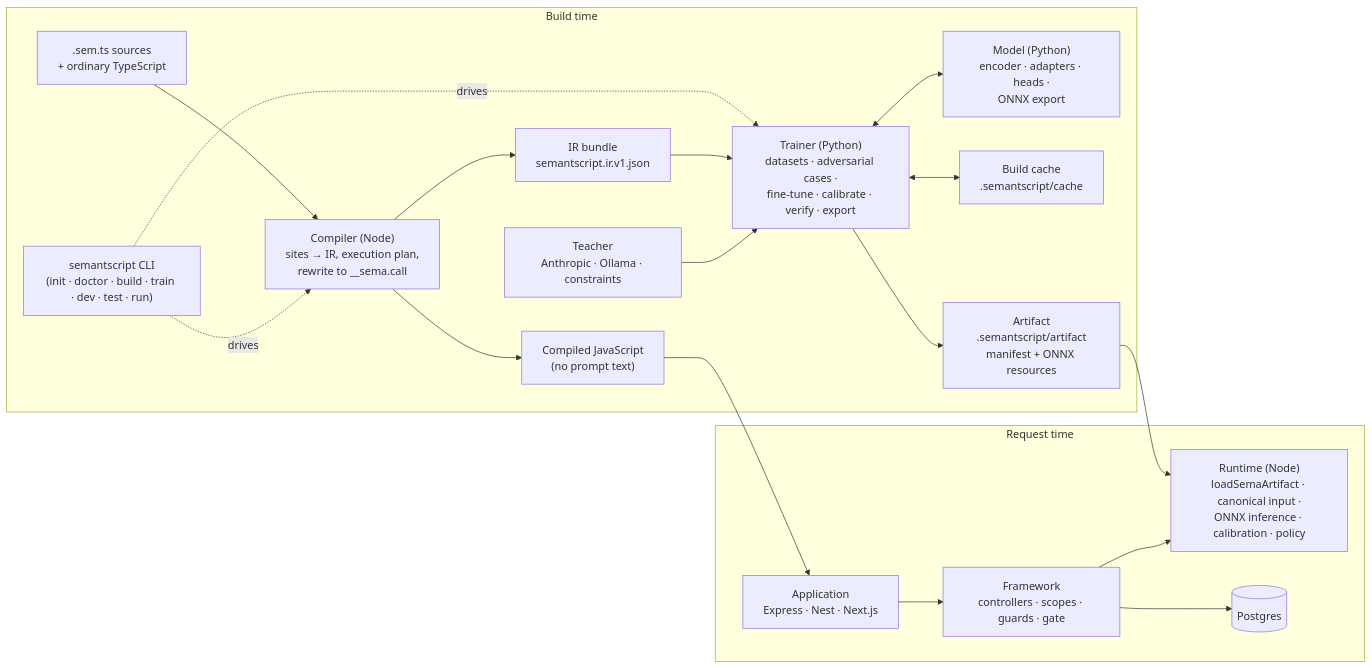
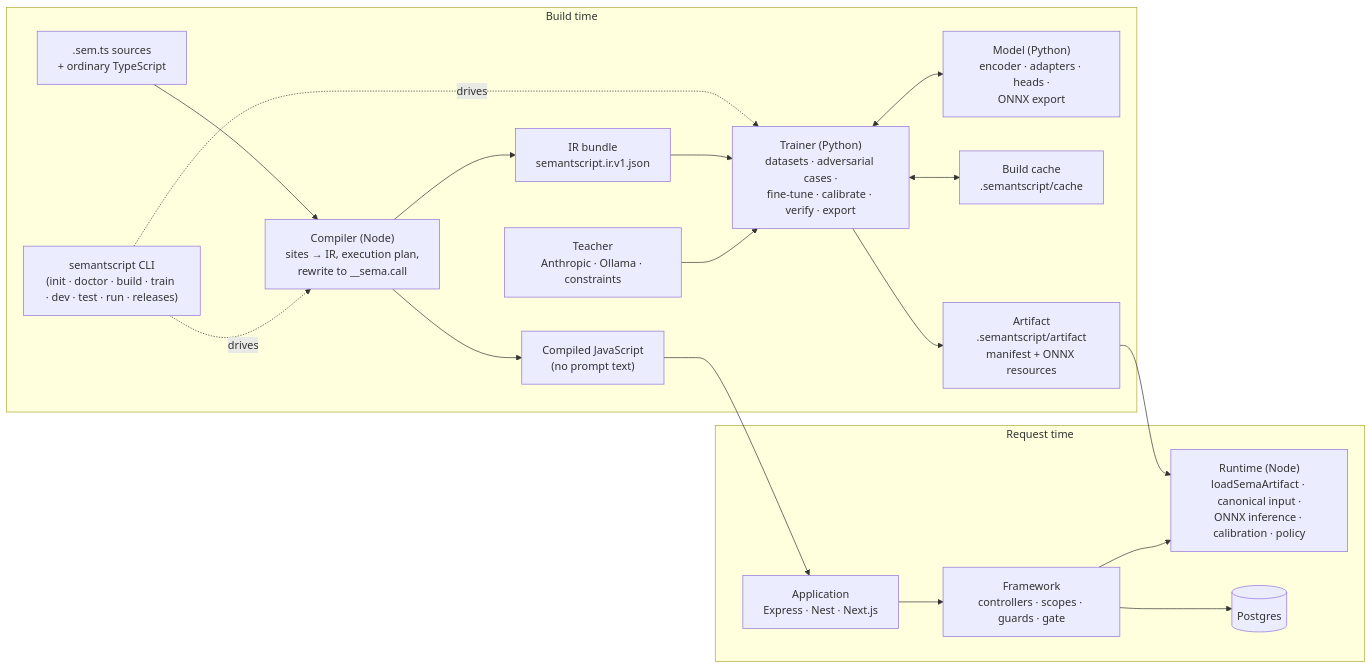
One commit to thowd22/SemantScript changed the diagram in docs/architecture.md. Above: the diagram before and after it, drawn with Mermaid. The commit also changed 13 other files, not shown here.

First line of the commit message:
TASK-14.10: semantscript releases lists, shows, rolls back, promotes and prunes artifact releases

````diff
--- a/docs/architecture.md
+++ b/docs/architecture.md
@@ -9,36 +9,36 @@
 ```mermaid
 flowchart LR
   subgraph build["Build time"]
     SRC[".sem.ts sources\n+ ordinary TypeScript"]
-    CLI["semantscript CLI\n(init · doctor · build · train · dev · test · run)"]
+    CLI["semantscript CLI\n(init · doctor · build · train · dev · test · run · releases)"]
     COMP["Compiler (Node)\nsites → IR, execution plan,\nrewrite to __sema.call"]
     JS["Compiled JavaScript\n(no prompt text)"]
     IR["IR bundle\nsemantscript.ir.v1.json"]
     TEACH["Teacher\nAnthropic · Ollama · constraints"]
     TRAIN["Trainer (Python)\ndatasets · adversarial cases ·\nfine-tune · calibrate · verify · export"]
     MODEL["Model (Python)\nencoder · adapters · heads ·\nONNX export"]
     CACHE["Build cache\n.semantscript/cache"]
     ART["Artifact\n.semantscript/artifact\nmanifest + ONNX resources"]
   end
   subgraph run["Request time"]
     APP["Application\nExpress · Nest · Next.js"]
     FW["Framework\ncontrollers · scopes · guards · gate"]
     RT["Runtime (Node)\nloadSemaArtifact · canonical input ·\nONNX inference · calibration · policy"]
     DB[("Postgres")]
   end
   SRC --> COMP
   CLI -. drives .-> COMP
   CLI -. drives .-> TRAIN
   COMP --> JS
   COMP --> IR
   IR --> TRAIN
   TEACH --> TRAIN
   TRAIN <--> MODEL
   TRAIN <--> CACHE
   TRAIN --> ART
   JS --> APP
   ART --> RT
   APP --> FW
   FW --> RT
   FW --> DB
 ```
````
